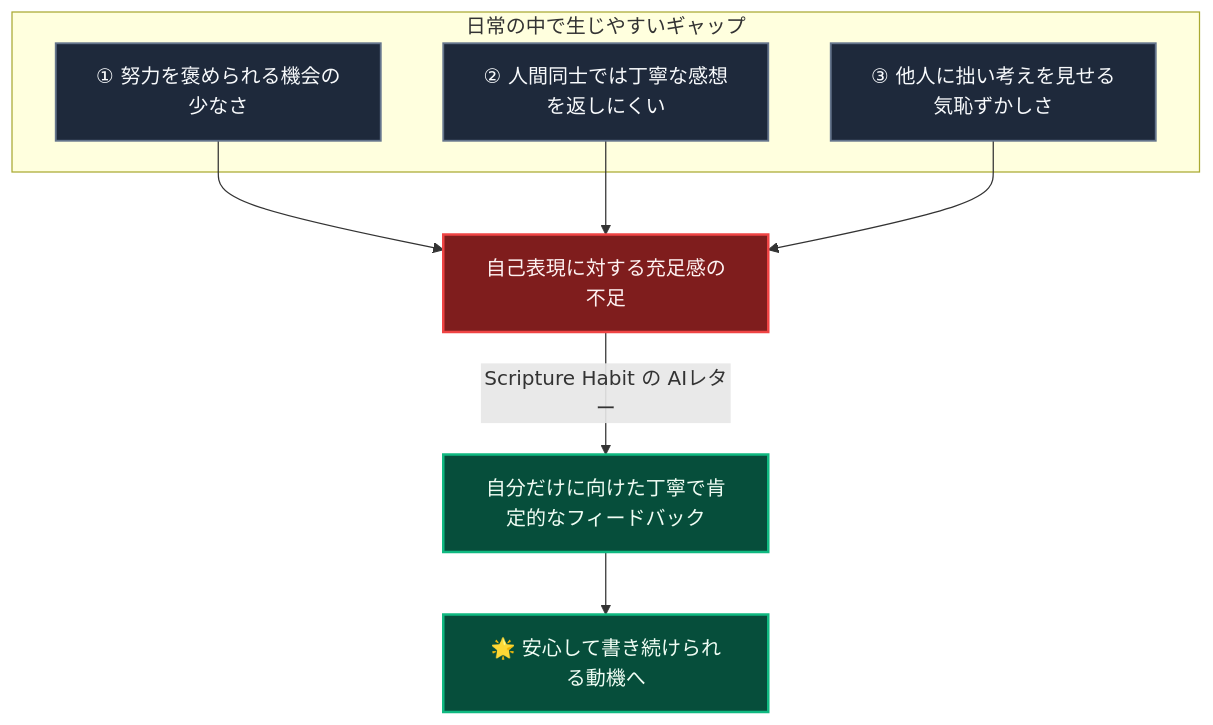
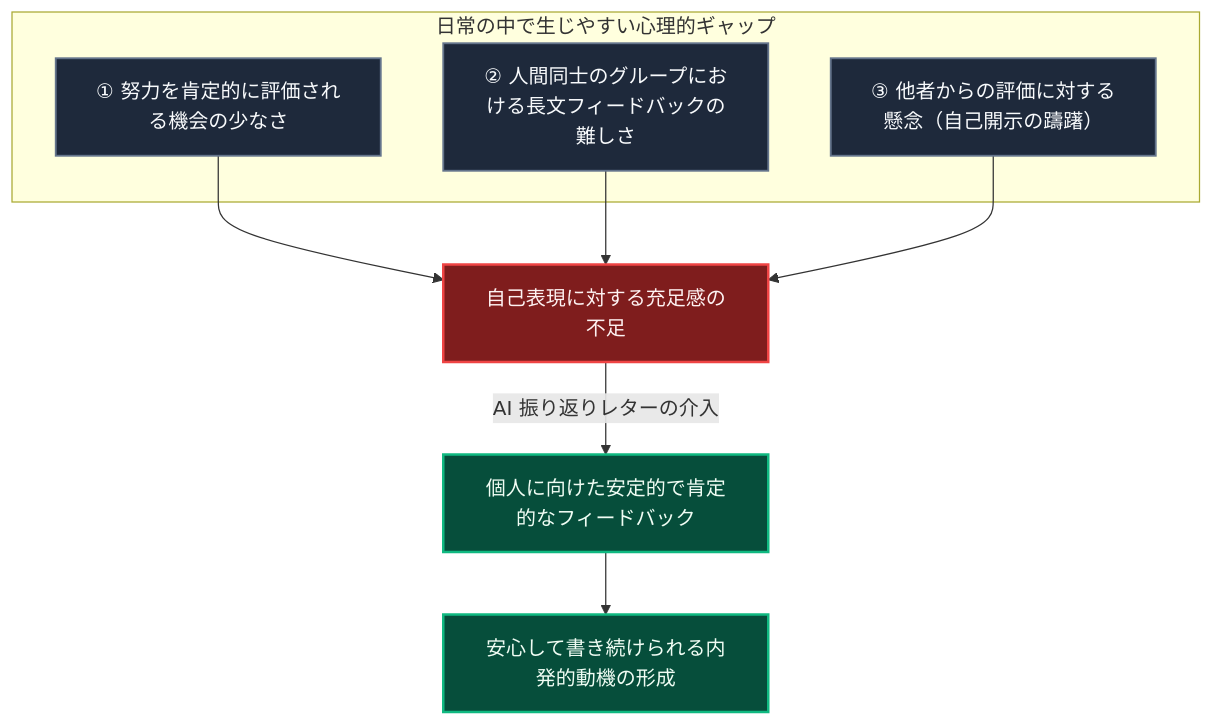
The diagram in docs/ja/ux-ai-reflection-letters.md (ScriptureHabit/scripture-habit), drawn with Mermaid before and after one commit. The commit also changed other lines of this file and 57 other files, not shown here.

Commit message:
docs: refine documentation prose and add structured diagram breakdowns across JA and EN

````diff
--- a/docs/ja/ux-ai-reflection-letters.md
+++ b/docs/ja/ux-ai-reflection-letters.md
@@ -29,19 +21,19 @@
 ```mermaid
 flowchart TD
     classDef default fill:#1e293b,stroke:#64748b,stroke-width:1.5px,color:#f8fafc;
     classDef issue fill:#7f1d1d,stroke:#ef4444,stroke-width:2px,color:#fef2f2;
     classDef good fill:#064e3b,stroke:#10b981,stroke-width:2px,color:#f0fdf4;
 
-    subgraph SG_Gap["日常の中で生じやすいギャップ"]
-        A["① 努力を褒められる機会の少なさ"]:::default
-        B["② 人間同士では丁寧な感想を返しにくい"]:::default
-        C["③ 他人に拙い考えを見せる気恥ずかしさ"]:::default
+    subgraph SG_Gap["日常の中で生じやすい心理的ギャップ"]
+        A["① 努力を肯定的に評価される機会の少なさ"]:::default
+        B["② 人間同士のグループにおける長文フィードバックの難しさ"]:::default
+        C["③ 他者からの評価に対する懸念（自己開示の躊躇）"]:::default
     end
 
     A --> D["自己表現に対する充足感の不足"]:::issue
     B --> D
     C --> D
 
-    D -->|"Scripture Habit の AIレター"| E["自分だけに向けた丁寧で肯定的なフィードバック"]:::good
-    E --> F["🌟 安心して書き続けられる動機へ"]:::good
+    D -->|"AI 振り返りレターの介入"| E["個人に向けた安定的で肯定的なフィードバック"]:::good
+    E --> F["安心して書き続けられる内発的動機の形成"]:::good
 ```
````
